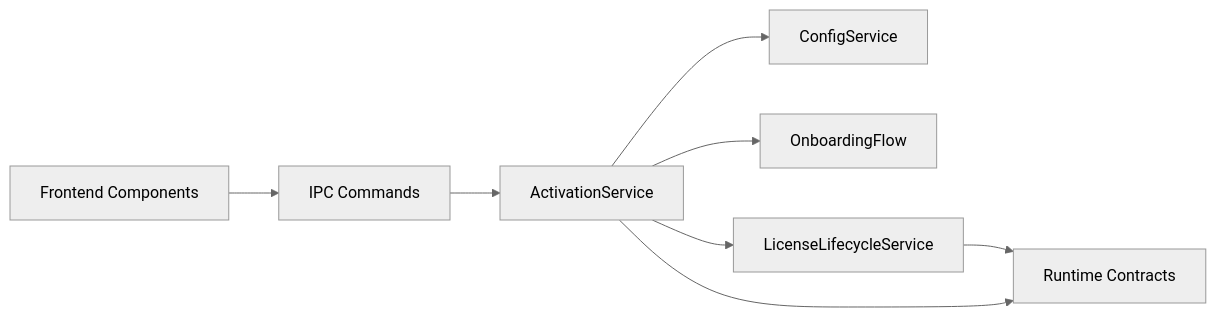
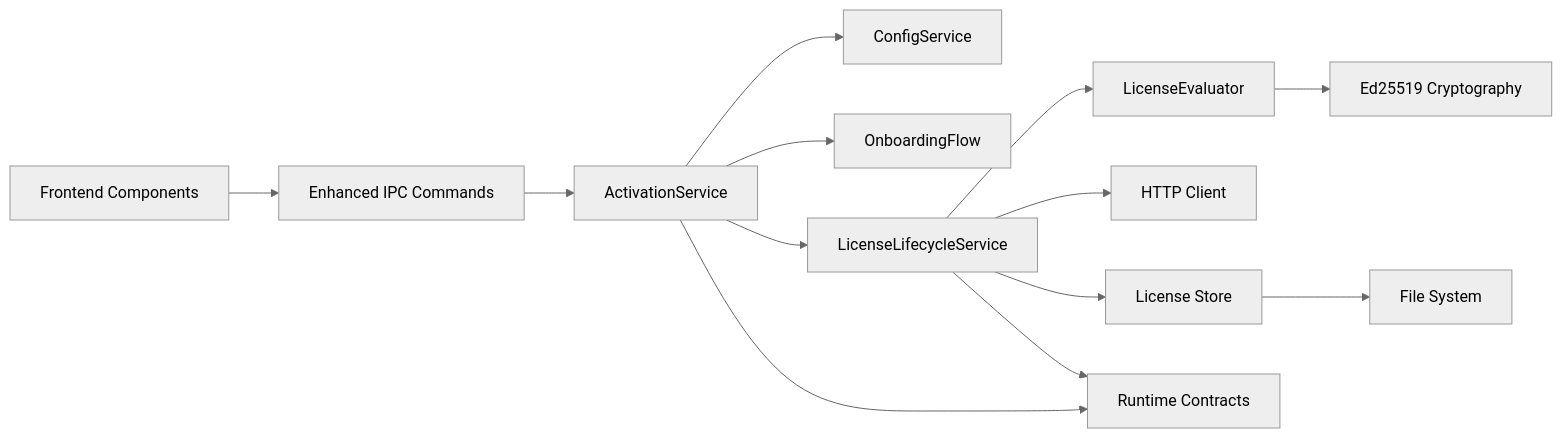
One commit to novolei/if2Ai changed the sixth of 6 diagrams in .qoder/repowiki/en/content/Backend System (Rust)/Module Architecture & Design/Application Layer/Activation Service.md. Above: the diagram before and after it, drawn with Mermaid (neutral theme). The commit also changed other lines of this file and 32 other files, not shown here.

````diff
--- a/.qoder/repowiki/en/content/Backend System (Rust)/Module Architecture & Design/Application Layer/Activation Service.md
+++ b/.qoder/repowiki/en/content/Backend System (Rust)/Module Architecture & Design/Application Layer/Activation Service.md
@@ -258,10 +366,15 @@
 ```mermaid
 graph LR
-UI["Frontend Components"] --> IPC["IPC Commands"]
+UI["Frontend Components"] --> IPC["Enhanced IPC Commands"]
 IPC --> AS["ActivationService"]
 AS --> CS["ConfigService"]
 AS --> OF["OnboardingFlow"]
 AS --> LS["LicenseLifecycleService"]
+LS --> LE["LicenseEvaluator"]
+LS --> HC["HTTP Client"]
+LS --> LSStore["License Store"]
+LE --> Crypto["Ed25519 Cryptography"]
+LSStore --> FS["File System"]
 LS --> RC["Runtime Contracts"]
 AS --> RC
 ```
````
